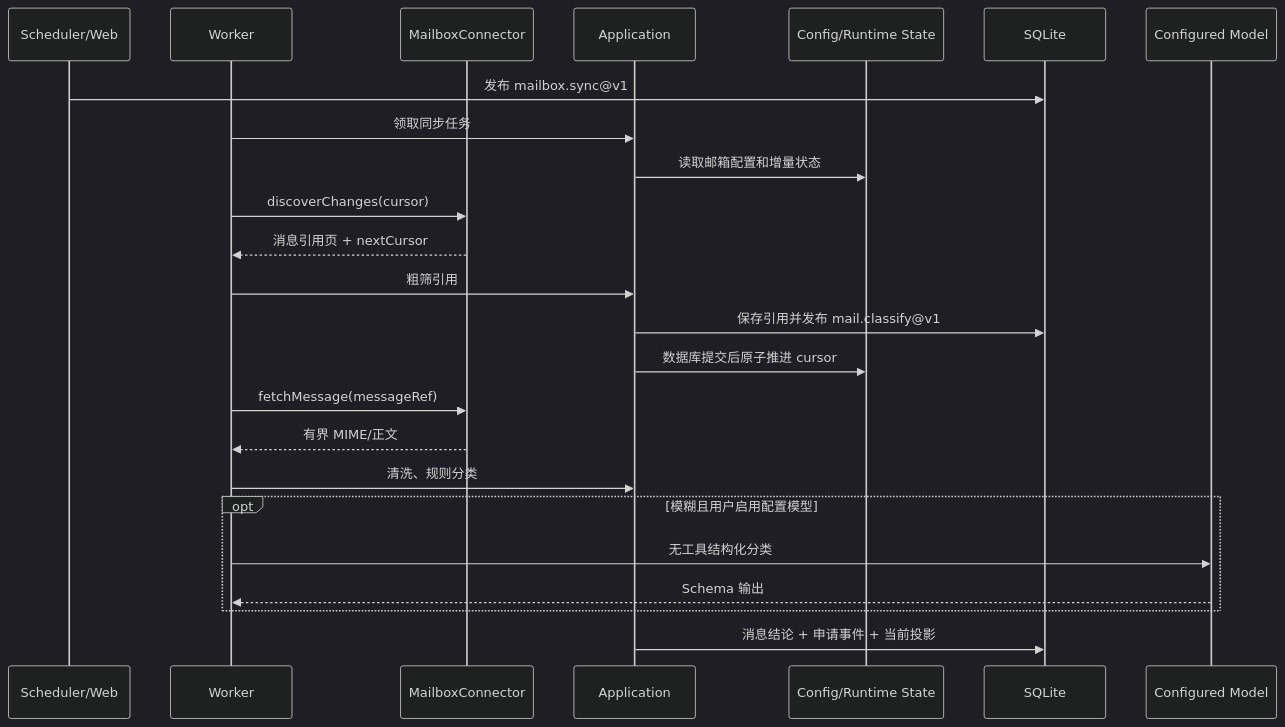
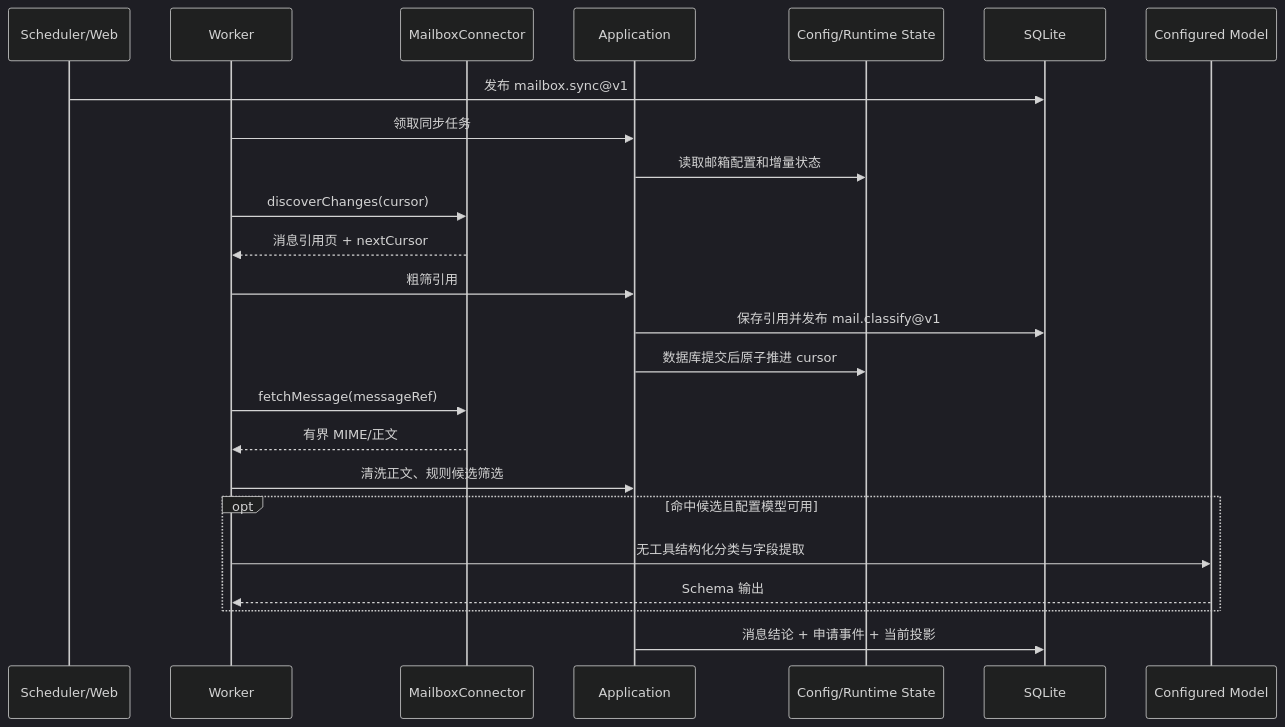
Before and after one commit to MonarchMan/JobHunter: the diagram in specs/029-recruitment-mail/design.md, drawn with Mermaid (dark theme). The commit also changed other lines of this file and 39 other files, not shown here.

````diff
--- a/specs/029-recruitment-mail/design.md
+++ b/specs/029-recruitment-mail/design.md
@@ -178,27 +178,27 @@
 ```mermaid
 sequenceDiagram
     participant S as Scheduler/Web
     participant W as Worker
     participant C as MailboxConnector
     participant A as Application
     participant F as Config/Runtime State
     participant D as SQLite
     participant M as Configured Model
 
     S->>D: 发布 mailbox.sync@v1
     W->>A: 领取同步任务
     A->>F: 读取邮箱配置和增量状态
     W->>C: discoverChanges(cursor)
     C-->>W: 消息引用页 + nextCursor
     W->>A: 粗筛引用
     A->>D: 保存引用并发布 mail.classify@v1
     A->>F: 数据库提交后原子推进 cursor
     W->>C: fetchMessage(messageRef)
     C-->>W: 有界 MIME/正文
-    W->>A: 清洗、规则分类
-    opt 模糊且用户启用配置模型
-        W->>M: 无工具结构化分类
+    W->>A: 清洗正文、规则候选筛选
+    opt 命中候选且配置模型可用
+        W->>M: 无工具结构化分类与字段提取
         M-->>W: Schema 输出
     end
     A->>D: 消息结论 + 申请事件 + 当前投影
 ```
````
